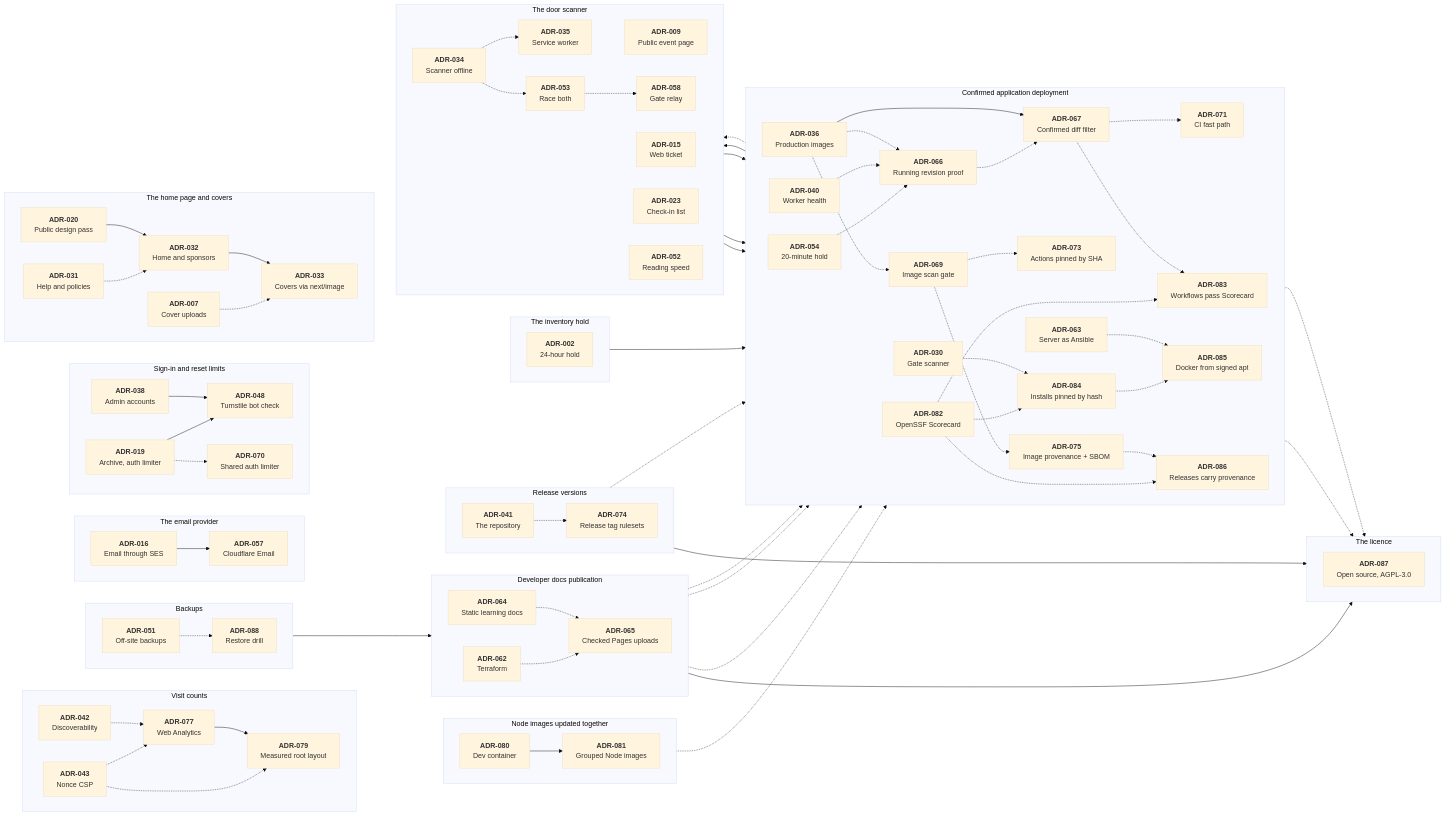
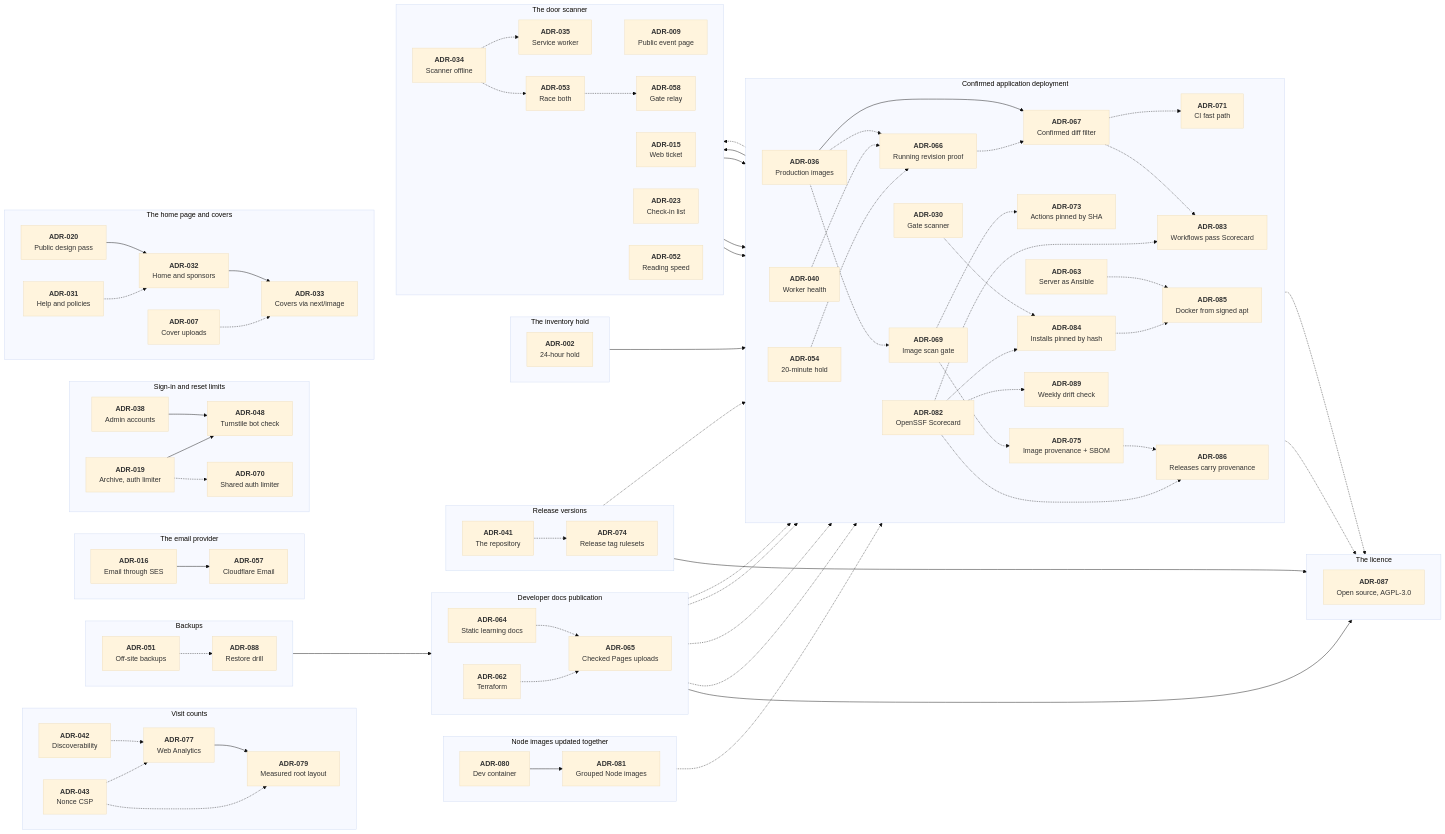
One commit to Ashfak-Hossain/EchoAndAura changed the diagram in docs/decisions/README.md. Above: the diagram before and after it, drawn with Mermaid (base theme). The commit also changed other lines of this file and 8 other files, not shown here.

First line of the commit message:
feat(infra): add a weekly read-only Terraform drift check

```diff
--- a/docs/decisions/README.md
+++ b/docs/decisions/README.md
@@ -101,6 +101,8 @@
         Docker from signed apt`"]
         a086["`**ADR-086**
         Releases carry provenance`"]
+        a089["`**ADR-089**
+        Weekly drift check`"]
         a036 -.-> a066
         a040 -.-> a066
         a054 -.-> a066
@@ -122,6 +124,8 @@
         a084 -.-> a085
         a075 -.-> a086
         a082 -.-> a086
+        a062 -.-> a089
+        a082 -.-> a089
     end
     %% Mermaid draws the last group on top, so the groups are declared bottom first.
     subgraph analytics ["Visit counts"]
```
